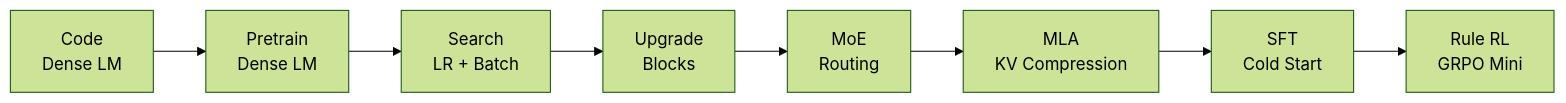
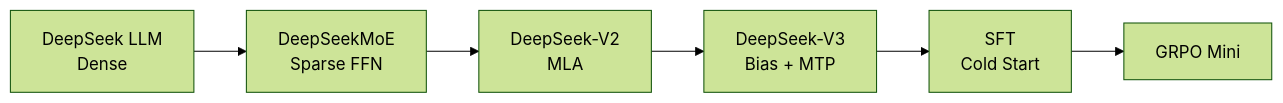
One commit to legend91019/TinySeek-Lab changed the diagram in docs/README.md. Above: the diagram before and after it, drawn with Mermaid (forest theme). The commit also changed other lines of this file and 35 other files, not shown here.

````diff
--- a/docs/README.md
+++ b/docs/README.md
@@ -40,10 +45,8 @@
 ```mermaid
 flowchart LR
-  C["Code<br/>Dense LM"] --> P["Pretrain<br/>Dense LM"]
-  P --> S["Search<br/>LR + Batch"]
-  S --> U["Upgrade<br/>Blocks"]
-  U --> M["MoE<br/>Routing"]
-  M --> A["MLA<br/>KV Compression"]
-  A --> F["SFT<br/>Cold Start"]
-  F --> R["Rule RL<br/>GRPO Mini"]
+  D["DeepSeek LLM<br/>Dense"] --> M["DeepSeekMoE<br/>Sparse FFN"]
+  M --> V2["DeepSeek-V2<br/>MLA"]
+  V2 --> V3["DeepSeek-V3<br/>Bias + MTP"]
+  V3 --> S["SFT<br/>Cold Start"]
+  S --> R["GRPO Mini"]
 ```
````
